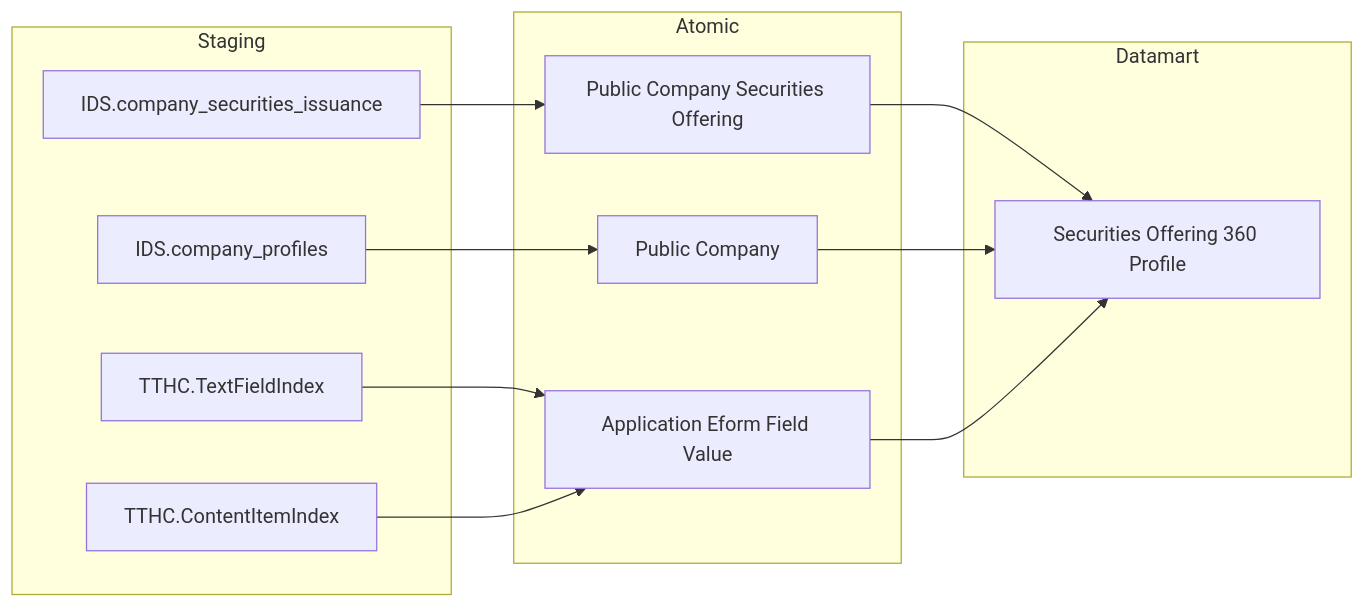
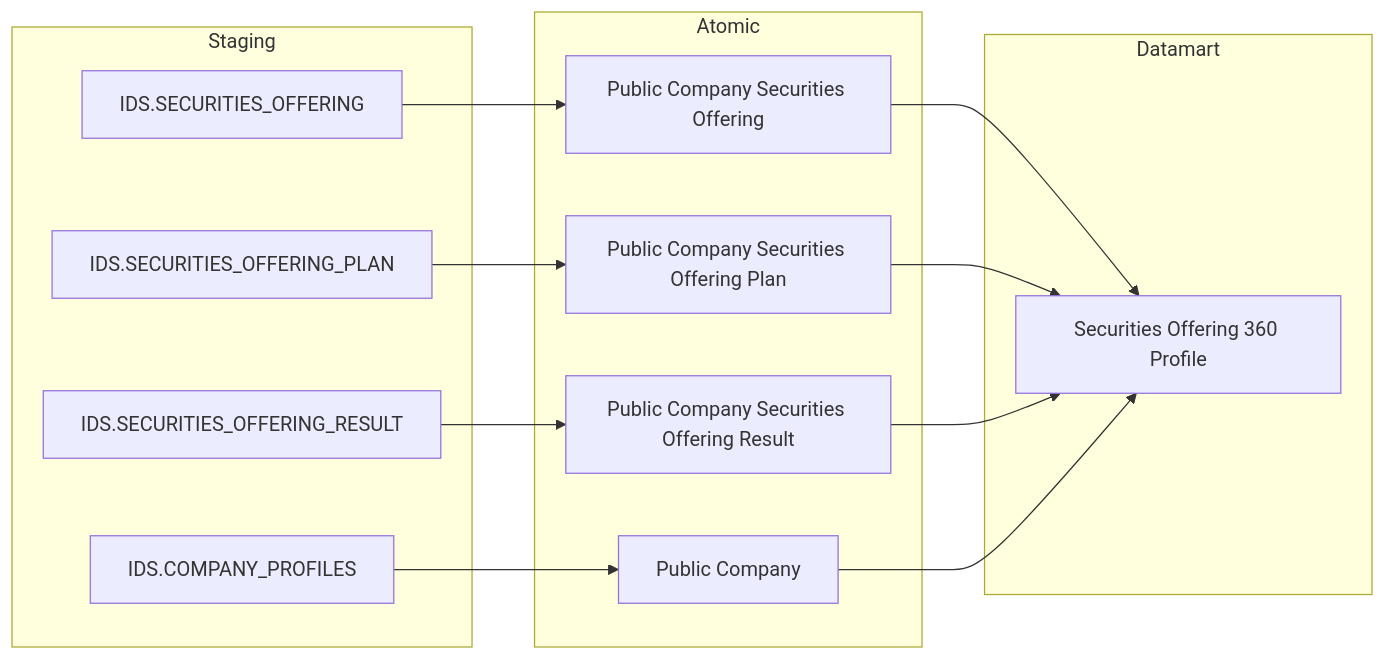
The second of 21 diagrams in Datamart/hld/DTM_QLCB_HLD.md (linhlvit/ubck_atomic_design), drawn with Mermaid before and after one commit. The commit also changed other lines of this file and 4 other files, not shown here.

````diff
--- a/Datamart/hld/DTM_QLCB_HLD.md
+++ b/Datamart/hld/DTM_QLCB_HLD.md
@@ -66,28 +97,30 @@
 ```mermaid
 flowchart LR
     subgraph SRC_IDS["Staging"]
-        S1["IDS.company_securities_issuance"]
-        S2["IDS.company_profiles"]
-        S3["TTHC.TextFieldIndex"]
-        S4["TTHC.ContentItemIndex"]
+        S1["IDS.SECURITIES_OFFERING"]
+        S2["IDS.SECURITIES_OFFERING_PLAN"]
+        S3["IDS.SECURITIES_OFFERING_RESULT"]
+        S4["IDS.COMPANY_PROFILES"]
     end
 
     subgraph SIL["Atomic"]
         SV1["Public Company Securities Offering"]
+        SV1c["Public Company Securities Offering Plan"]
+        SV1b["Public Company Securities Offering Result"]
         SV2["Public Company"]
-        SV3["Application Eform Field Value"]
     end
 
     subgraph Datamart["Datamart"]
         G1["Securities Offering 360 Profile"]
     end
 
     S1 --> SV1
-    S2 --> SV2
-    S3 --> SV3
-    S4 --> SV3
+    S2 --> SV1c
+    S3 --> SV1b
+    S4 --> SV2
 
     SV1 --> G1
+    SV1c --> G1
+    SV1b --> G1
     SV2 --> G1
-    SV3 --> G1
 ```
````
